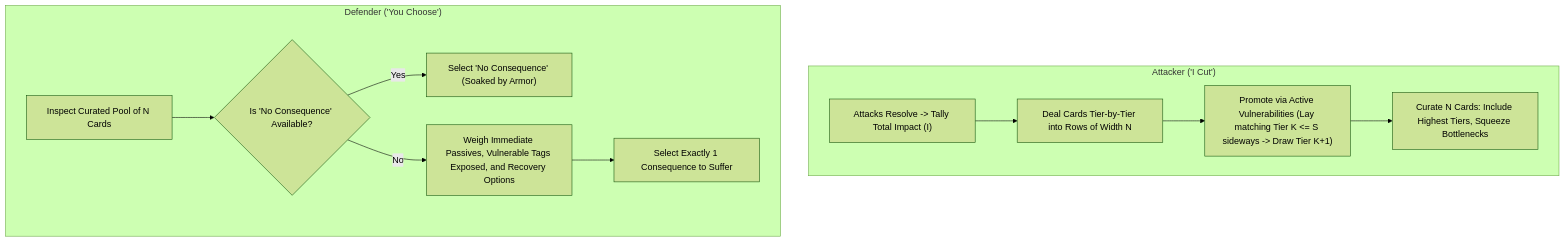
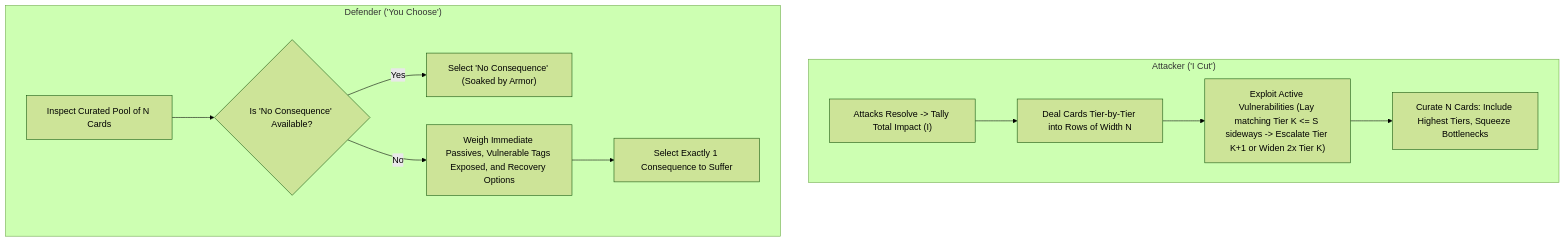
The diagram in design/iteration/resolution/candidates/consequence-pool-tag-escalation/players-guide-patch.md (tdimiduk/cardpg), drawn with Mermaid (forest theme) before and after one commit. The commit also changed other lines of this file and 4 other files, not shown here.

````diff
--- a/design/iteration/resolution/candidates/consequence-pool-tag-escalation/players-guide-patch.md
+++ b/design/iteration/resolution/candidates/consequence-pool-tag-escalation/players-guide-patch.md
@@ -114,15 +117,15 @@
 ```mermaid
 flowchart TD
     subgraph Attacker Decision ["Attacker ('I Cut')"]
         A1["Attacks Resolve -> Tally Total Impact (I)"] --> A2["Deal Cards Tier-by-Tier into Rows of Width N"]
-        A2 --> A3["Promote via Active Vulnerabilities (Lay matching Tier K <= S sideways -> Draw Tier K+1)"]
+        A2 --> A3["Exploit Active Vulnerabilities (Lay matching Tier K <= S sideways -> Escalate Tier K+1 or Widen 2x Tier K)"]
         A3 --> A4["Curate N Cards: Include Highest Tiers, Squeeze Bottlenecks"]
     end
 
     subgraph Defender Decision ["Defender ('You Choose')"]
         D1["Inspect Curated Pool of N Cards"] --> D2{"Is 'No Consequence' Available?"}
         D2 -- Yes --> D3["Select 'No Consequence' (Soaked by Armor)"]
         D2 -- No --> D4["Weigh Immediate Passives, Vulnerable Tags Exposed, and Recovery Options"]
         D4 --> D5["Select Exactly 1 Consequence to Suffer"]
     end
 ```
````
